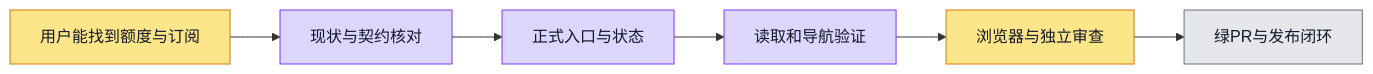
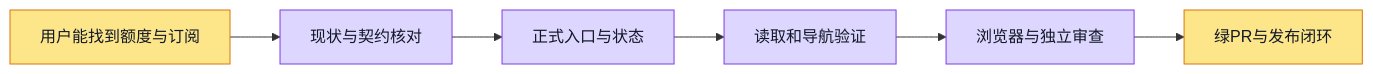
One commit to boardx/workspacex changed the diagram in docs/evidence/billing-entry-5714/plan.md. Above: the diagram before and after it, drawn with Mermaid.

Commit message:
docs(billing): record independent entry review

````diff
--- a/docs/evidence/billing-entry-5714/plan.md
+++ b/docs/evidence/billing-entry-5714/plan.md
@@ -5,18 +5,19 @@
 ```mermaid
 flowchart LR
  G[用户能找到额度与订阅] --> A[现状与契约核对] --> B[正式入口与状态] --> C[读取和导航验证] --> D[浏览器与独立审查] --> E[绿PR与发布闭环]
  classDef todo fill:#e5e7eb,stroke:#6b7280,color:#111827
  classDef doing fill:#fde68a,stroke:#d97706,color:#111827
  classDef done fill:#bbf7d0,stroke:#16a34a,color:#111827
  classDef tested fill:#ddd6fe,stroke:#7c3aed,color:#111827
  classDef blocked fill:#fecaca,stroke:#dc2626,color:#111827
  class G doing
  class A tested
  %% evidence A: main只有preview/billing和未接入菜单；issue5714记录用户截图断点。
  class B tested
  %% evidence B: component.log验证菜单可达与真实API读取状态。
  class C tested
  %% evidence C: component/lint/typecheck/navigation.log命令退出0。
- class D doing
- class E todo
+ class D tested
+ %% evidence D: browser.log 实际Chromium键盘/三档无溢出退出0；独立exact SHA审查ACCEPT ab2225636
+ class E doing
 ```
````
